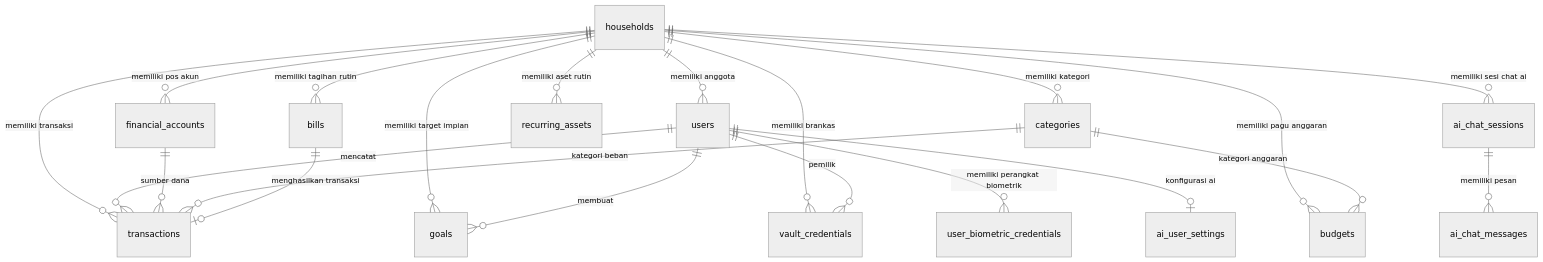
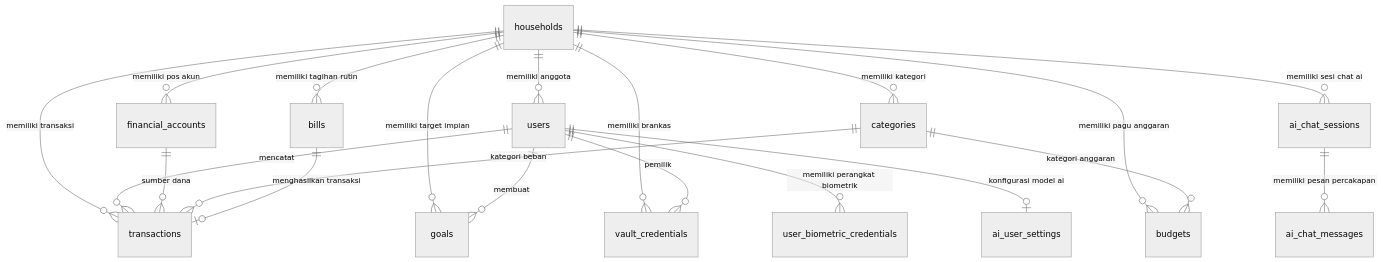
Before and after one commit to thealfin/couplecash: the second of 2 diagrams in README.md, drawn with Mermaid (neutral theme). The commit also changed other lines of this file and 62 other files, not shown here.

````diff
--- a/README.md
+++ b/README.md
@@ -226,25 +301,24 @@
 ```mermaid
 erDiagram
     households ||--o{ users : "memiliki anggota"
     households ||--o{ financial_accounts : "memiliki pos akun"
     households ||--o{ categories : "memiliki kategori"
     households ||--o{ transactions : "memiliki transaksi"
     households ||--o{ budgets : "memiliki pagu anggaran"
     households ||--o{ bills : "memiliki tagihan rutin"
-    households ||--o{ recurring_assets : "memiliki aset rutin"
     households ||--o{ goals : "memiliki target impian"
     households ||--o{ vault_credentials : "memiliki brankas"
     households ||--o{ ai_chat_sessions : "memiliki sesi chat ai"
 
     users ||--o{ transactions : "mencatat"
     users ||--o{ goals : "membuat"
     users ||--o{ vault_credentials : "pemilik"
     users ||--o{ user_biometric_credentials : "memiliki perangkat biometrik"
-    users ||--o| ai_user_settings : "konfigurasi ai"
+    users ||--o| ai_user_settings : "konfigurasi model ai"
 
     financial_accounts ||--o{ transactions : "sumber dana"
     categories ||--o{ transactions : "kategori beban"
     categories ||--o{ budgets : "kategori anggaran"
     bills ||--o| transactions : "menghasilkan transaksi"
-    ai_chat_sessions ||--o{ ai_chat_messages : "memiliki pesan"
+    ai_chat_sessions ||--o{ ai_chat_messages : "memiliki pesan percakapan"
 ```
````
